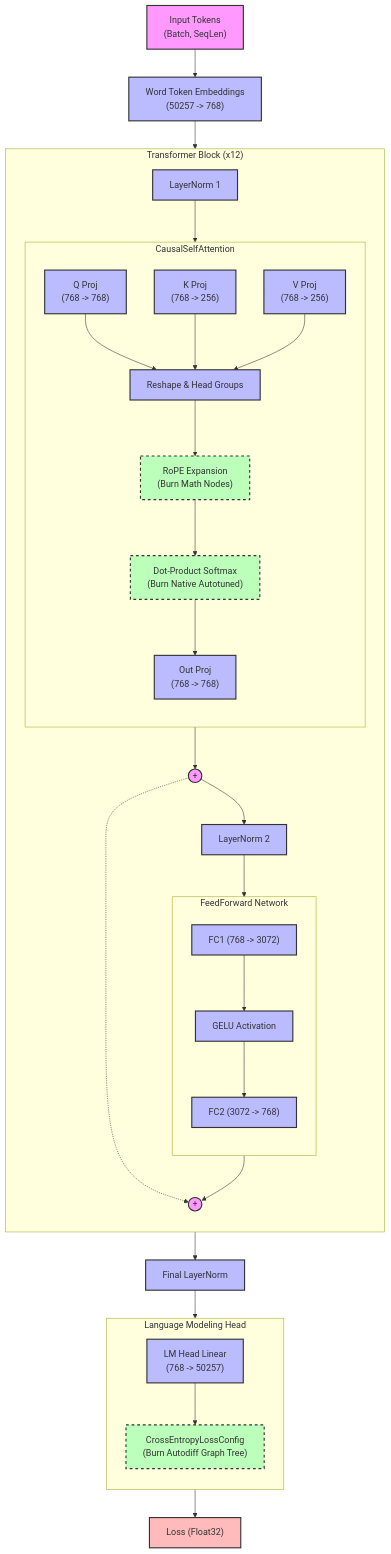
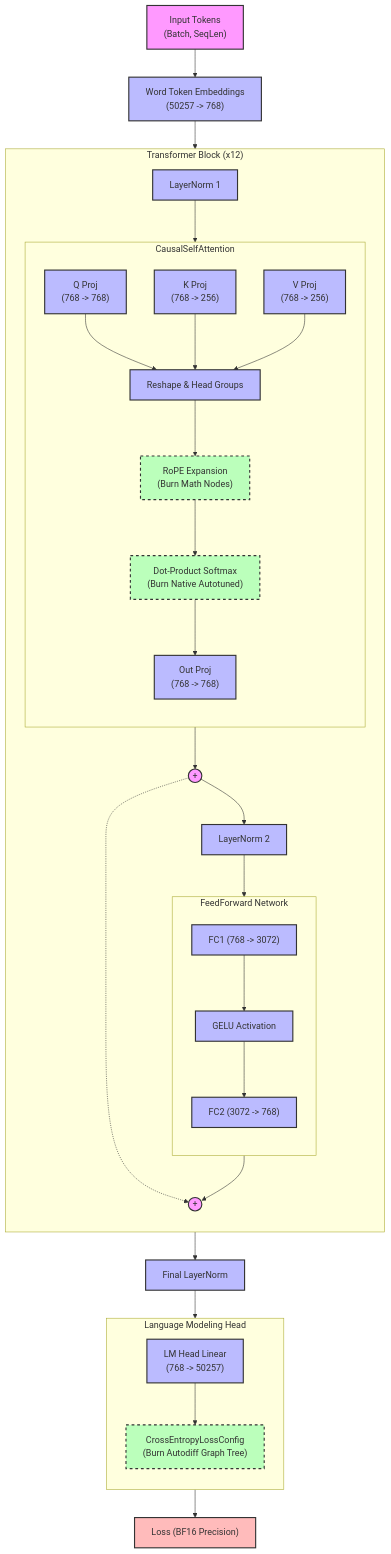
Before and after one commit to ltouati/tiny-llm: the diagram in architecture.mmd, drawn with Mermaid. The commit also changed 7 other files, not shown here.

```diff
--- a/architecture.mmd
+++ b/architecture.mmd
@@ -1,74 +1,74 @@
 graph TD
     classDef tensor fill:#f9f,stroke:#333,stroke-width:2px;
     classDef layer fill:#bbf,stroke:#333,stroke-width:2px;
     classDef custom fill:#bfb,stroke:#333,stroke-width:2px,stroke-dasharray: 5 5;
     classDef loss fill:#fbb,stroke:#333,stroke-width:2px;
 
     Input["Input Tokens\n(Batch, SeqLen)"]:::tensor --> WTE["Word Token Embeddings\n(50257 -> 768)"]:::layer
 
     subgraph TransformerBlock["Transformer Block (x12)"]
         direction TB
         LN1["LayerNorm 1"]:::layer
         
         subgraph Attention["CausalSelfAttention"]
             direction TB
             Q["Q Proj\n(768 -> 768)"]:::layer
             K["K Proj\n(768 -> 256)"]:::layer
             V["V Proj\n(768 -> 256)"]:::layer
             
             ReshapeQ["Reshape & Head Groups"]:::layer
             
             Q --> ReshapeQ
             K --> ReshapeQ
             V --> ReshapeQ
             
             RoPE["RoPE Expansion\n(Burn Math Nodes)"]:::custom
             
             ReshapeQ --> RoPE
             
             Flash["Dot-Product Softmax\n(Burn Native Autotuned)"]:::custom
             
             RoPE --> Flash
             
             OutProj["Out Proj\n(768 -> 768)"]:::layer
             Flash --> OutProj
         end
 
         LN1 --> Attention
         
         Add1((+)):::tensor
         
         LN2["LayerNorm 2"]:::layer
         
         subgraph FFN["FeedForward Network"]
             direction TB
             FC1["FC1 (768 -> 3072)"]:::layer
             GELU["GELU Activation"]:::layer
             FC2["FC2 (3072 -> 768)"]:::layer
             FC1 --> GELU --> FC2
         end
 
         Add2((+)):::tensor
         
         Attention --> Add1
         Add1 --> LN2
         LN2 --> FFN
         FFN --> Add2
     end
 
     WTE --> LN1
     Add1 -.-> Add2
 
     LNFinal["Final LayerNorm"]:::layer
     Add2 --> LNFinal
 
     subgraph LMHead["Language Modeling Head"]
         direction TB
         LMLinear["LM Head Linear\n(768 -> 50257)"]:::layer
         Loss["CrossEntropyLossConfig\n(Burn Autodiff Graph Tree)"]:::custom
         
         LMLinear --> Loss
     end
 
     LNFinal --> LMLinear
-    Loss --> Output["Loss (Float32)"]:::loss
+    Loss --> Output["Loss (BF16 Precision)"]:::loss
```
